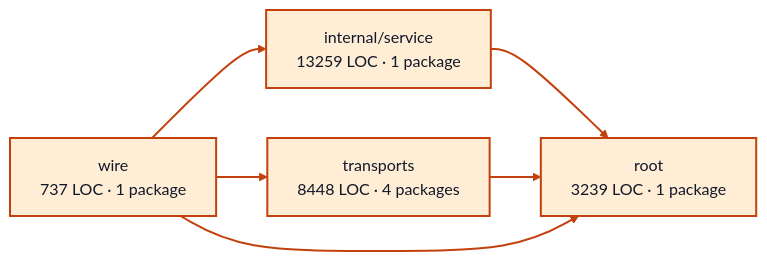
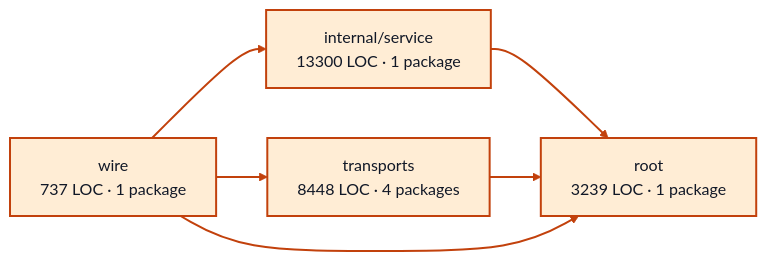
The diagram in docs/architecture/visualizations/services/worker_sessions.md (portpowered/you-agent-factory), drawn with Mermaid before and after one commit. The commit also changed other lines of this file and 20 other files, not shown here.

Commit message:
docs: refresh backend architecture visualizations

````diff
--- a/docs/architecture/visualizations/services/worker_sessions.md
+++ b/docs/architecture/visualizations/services/worker_sessions.md
@@ -11,17 +11,17 @@
 ```mermaid
 flowchart LR
-  p0["internal/service<br/>13259 LOC · 1 package"]
+  p0["internal/service<br/>13300 LOC · 1 package"]
   p1["root<br/>3239 LOC · 1 package"]
   p2["transports<br/>8448 LOC · 4 packages"]
   p3["wire<br/>737 LOC · 1 package"]
   p0 --> p1
   p2 --> p1
   p3 --> p0
   p3 --> p1
   p3 --> p2
   style p0 fill:#ffedd5,stroke:#c2410c,stroke-width:2px,color:#111827
   style p1 fill:#ffedd5,stroke:#c2410c,stroke-width:2px,color:#111827
   style p2 fill:#ffedd5,stroke:#c2410c,stroke-width:2px,color:#111827
   style p3 fill:#ffedd5,stroke:#c2410c,stroke-width:2px,color:#111827
   linkStyle default stroke:#c2410c,stroke-width:2px
 ```
````
